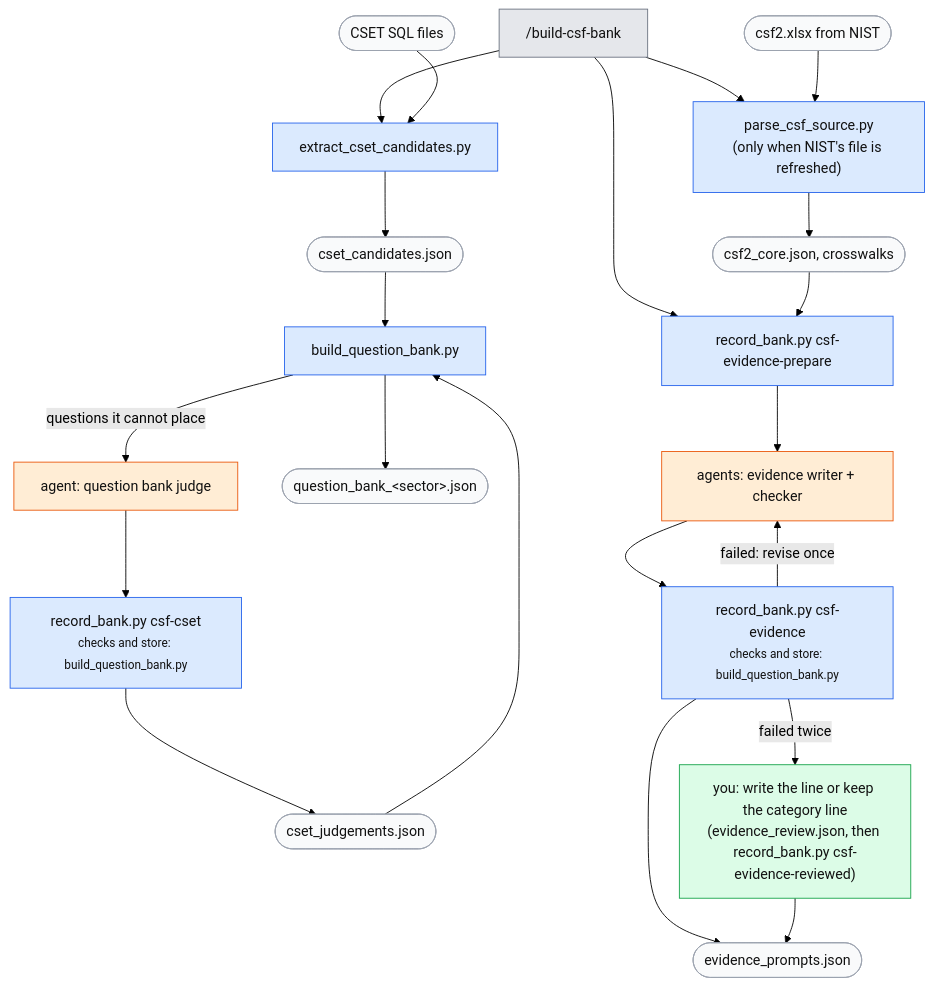
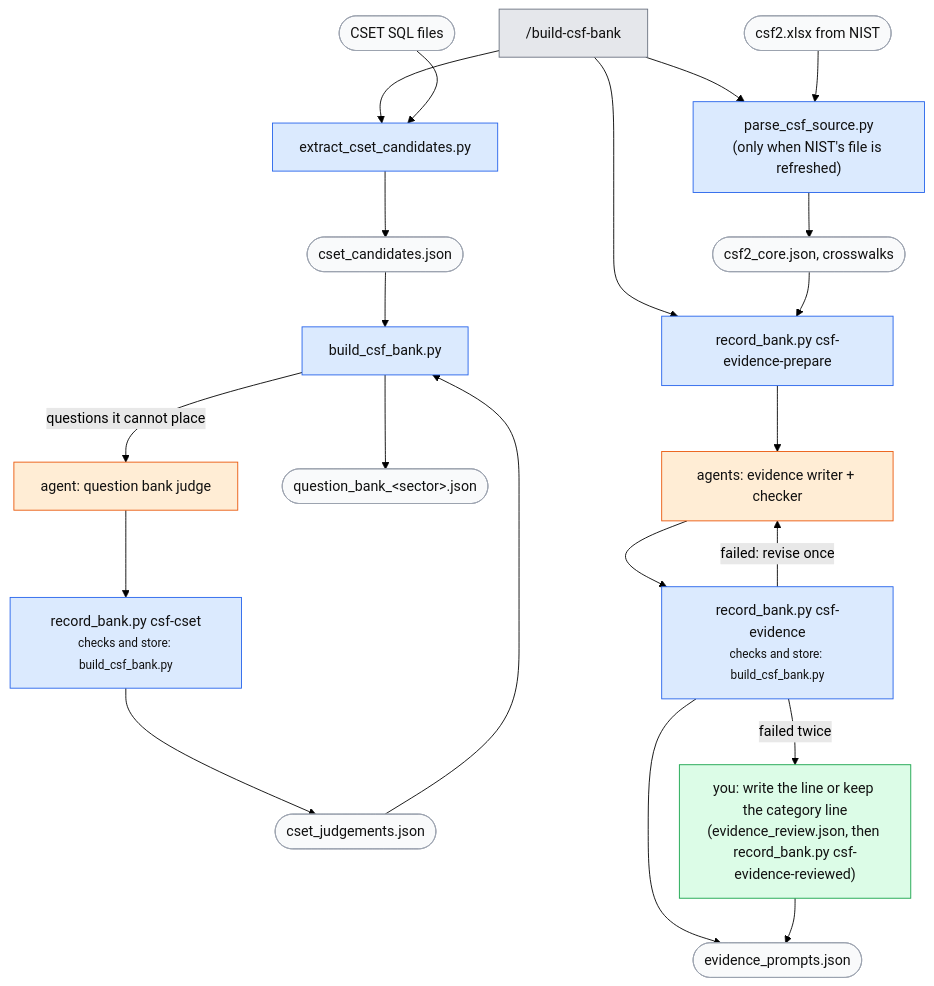
One commit to srilekha82/csf-ai-self-assessment changed the second of 3 diagrams in docs/guide.md. Above: the diagram before and after it, drawn with Mermaid (forest theme). The commit also changed other lines of this file and 9 other files, not shown here.

First line of the commit message:
Rename build_question_bank.py to build_csf_bank.py; add its Why line

````diff
--- a/docs/guide.md
+++ b/docs/guide.md
@@ -147,20 +147,20 @@
 ```mermaid
 flowchart TD
     B["/build-csf-bank"]:::cmd --> PC["parse_csf_source.py<br/>(only when NIST's file is refreshed)"]:::script
     NIST([csf2.xlsx from NIST]):::file --> PC --> CORE([csf2_core.json, crosswalks]):::file
     B --> EX[extract_cset_candidates.py]:::script
-    SQL([CSET SQL files]):::file --> EX --> CAND([cset_candidates.json]):::file --> BQB[build_question_bank.py]:::script
-    BQB -- "questions it cannot place" --> JA["agent: question bank judge"]:::agent --> RJ["record_bank.py csf-cset<br/><small>checks and store: build_question_bank.py</small>"]:::script --> JS([cset_judgements.json]):::file --> BQB
+    SQL([CSET SQL files]):::file --> EX --> CAND([cset_candidates.json]):::file --> BQB[build_csf_bank.py]:::script
+    BQB -- "questions it cannot place" --> JA["agent: question bank judge"]:::agent --> RJ["record_bank.py csf-cset<br/><small>checks and store: build_csf_bank.py</small>"]:::script --> JS([cset_judgements.json]):::file --> BQB
     BQB --> BANK([question_bank_&lt;sector&gt;.json]):::file
     B --> EP["record_bank.py csf-evidence-prepare"]:::script
-    CORE --> EP --> EW["agents: evidence writer + checker"]:::agent --> RE["record_bank.py csf-evidence<br/><small>checks and store: build_question_bank.py</small>"]:::script --> EVP([evidence_prompts.json]):::file
+    CORE --> EP --> EW["agents: evidence writer + checker"]:::agent --> RE["record_bank.py csf-evidence<br/><small>checks and store: build_csf_bank.py</small>"]:::script --> EVP([evidence_prompts.json]):::file
     RE -- "failed: revise once" --> EW
     RE -- "failed twice" --> YOU["you: write the line or keep the category line<br/>(evidence_review.json, then record_bank.py csf-evidence-reviewed)"]:::you --> EVP
 
     classDef cmd fill:#e5e7eb,stroke:#6b7280,color:#111
     classDef script fill:#dbeafe,stroke:#2563eb,color:#111
     classDef agent fill:#ffedd5,stroke:#ea580c,color:#111
     classDef you fill:#dcfce7,stroke:#16a34a,color:#111
     classDef file fill:#f9fafb,stroke:#9ca3af,color:#111
     classDef stop fill:#fee2e2,stroke:#dc2626,color:#111
 ```
````
